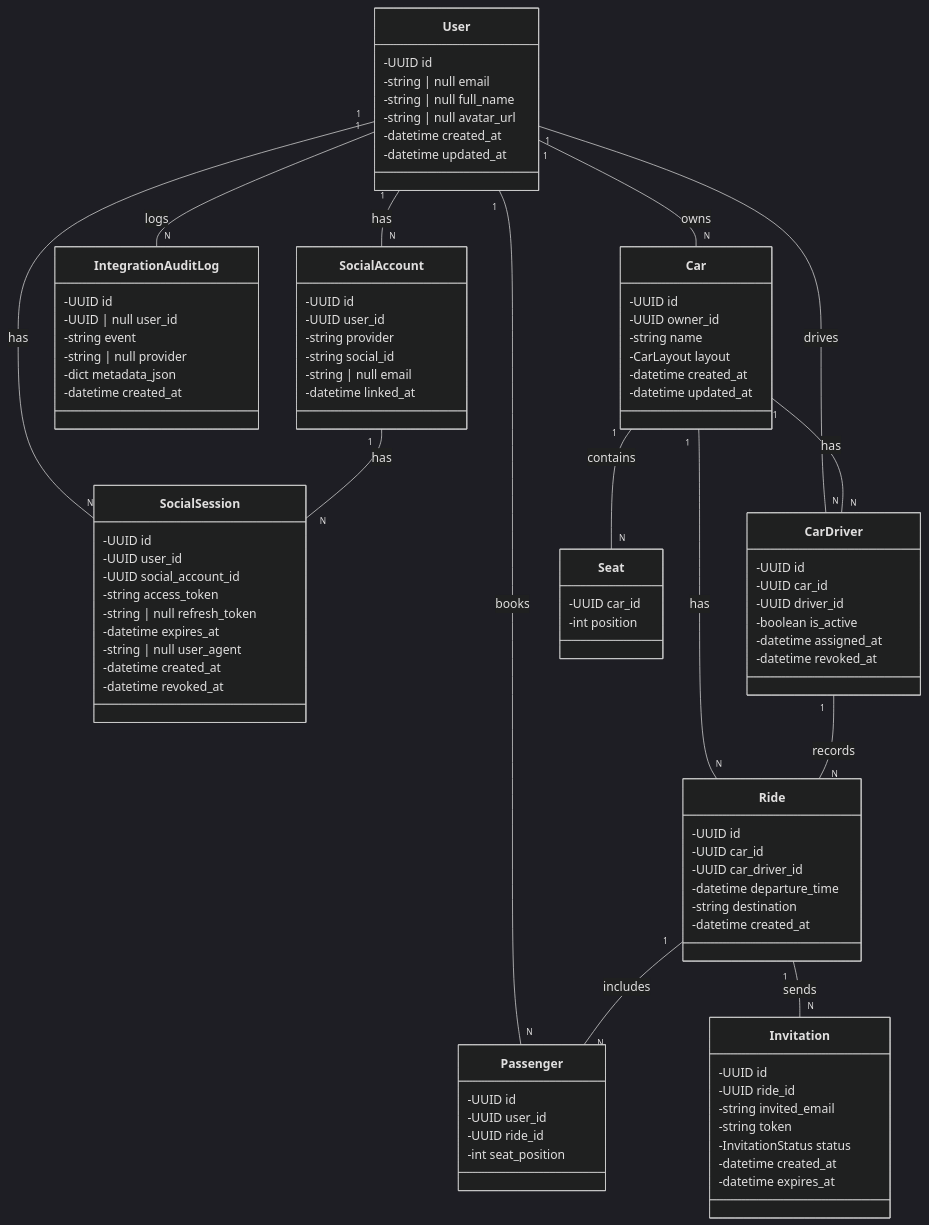
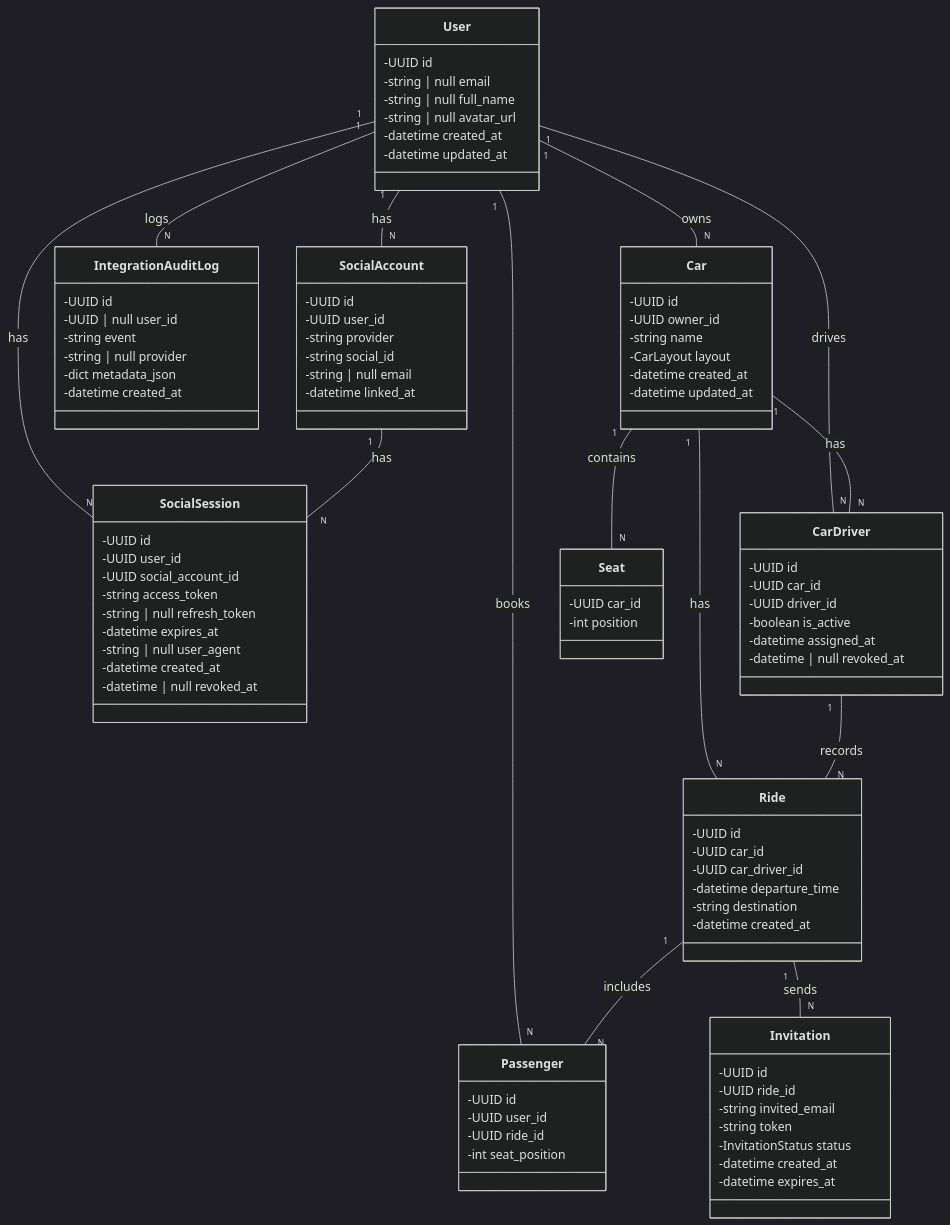
One commit to matthewjezek/Sitzy changed the diagram in diagrams/05_class_diagram.md. Above: the diagram before and after it, drawn with Mermaid (dark theme). The commit also changed other lines of this file and 9 other files, not shown here.

```diff
--- a/diagrams/05_class_diagram.md
+++ b/diagrams/05_class_diagram.md
@@ -29,7 +29,7 @@
         -datetime expires_at
         -string | null user_agent
         -datetime created_at
-        -datetime revoked_at
+        -datetime | null revoked_at
     }
 
     class IntegrationAuditLog {
@@ -56,7 +56,7 @@
         -UUID driver_id
         -boolean is_active
         -datetime assigned_at
-        -datetime revoked_at
+        -datetime | null revoked_at
     }
 
     class Ride {
```
